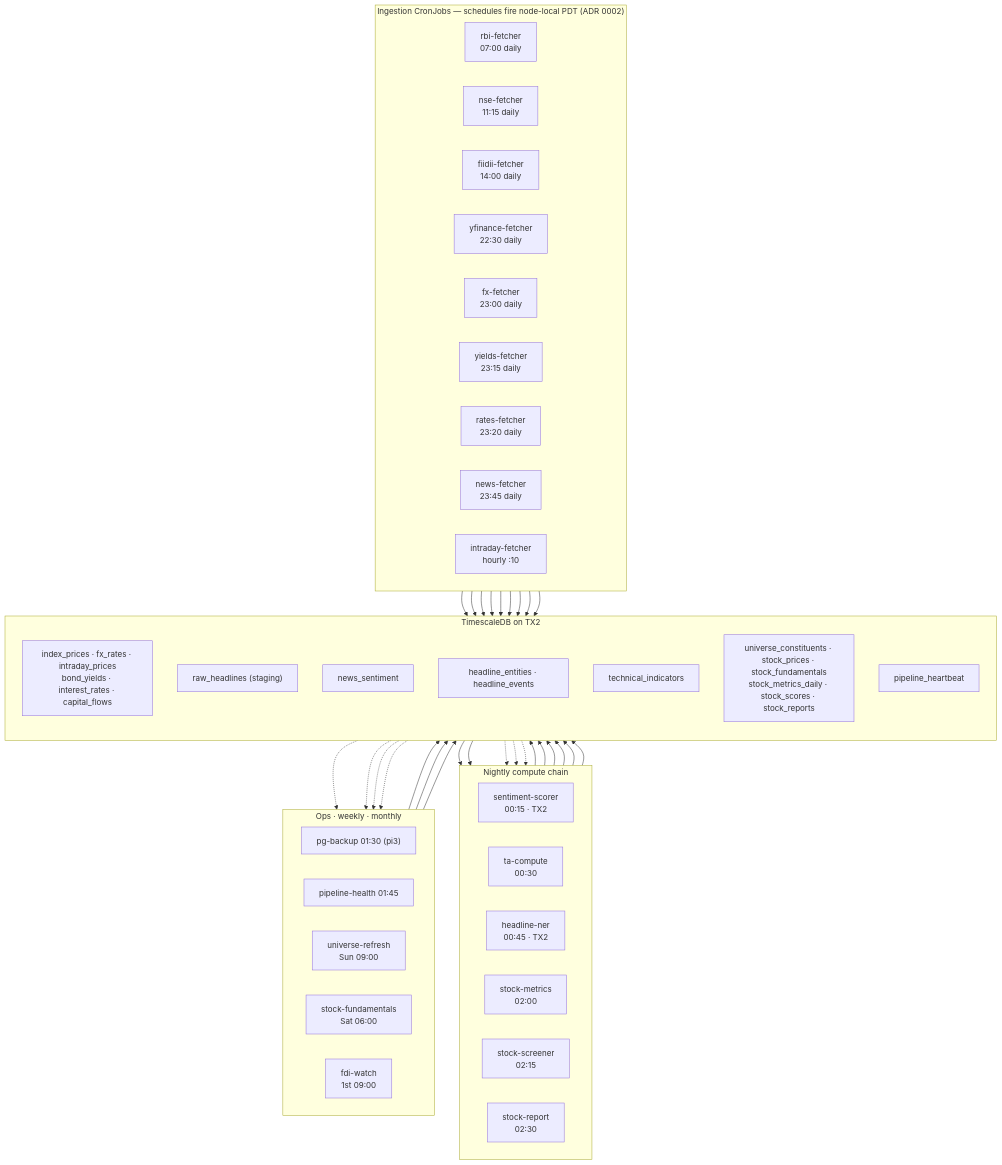
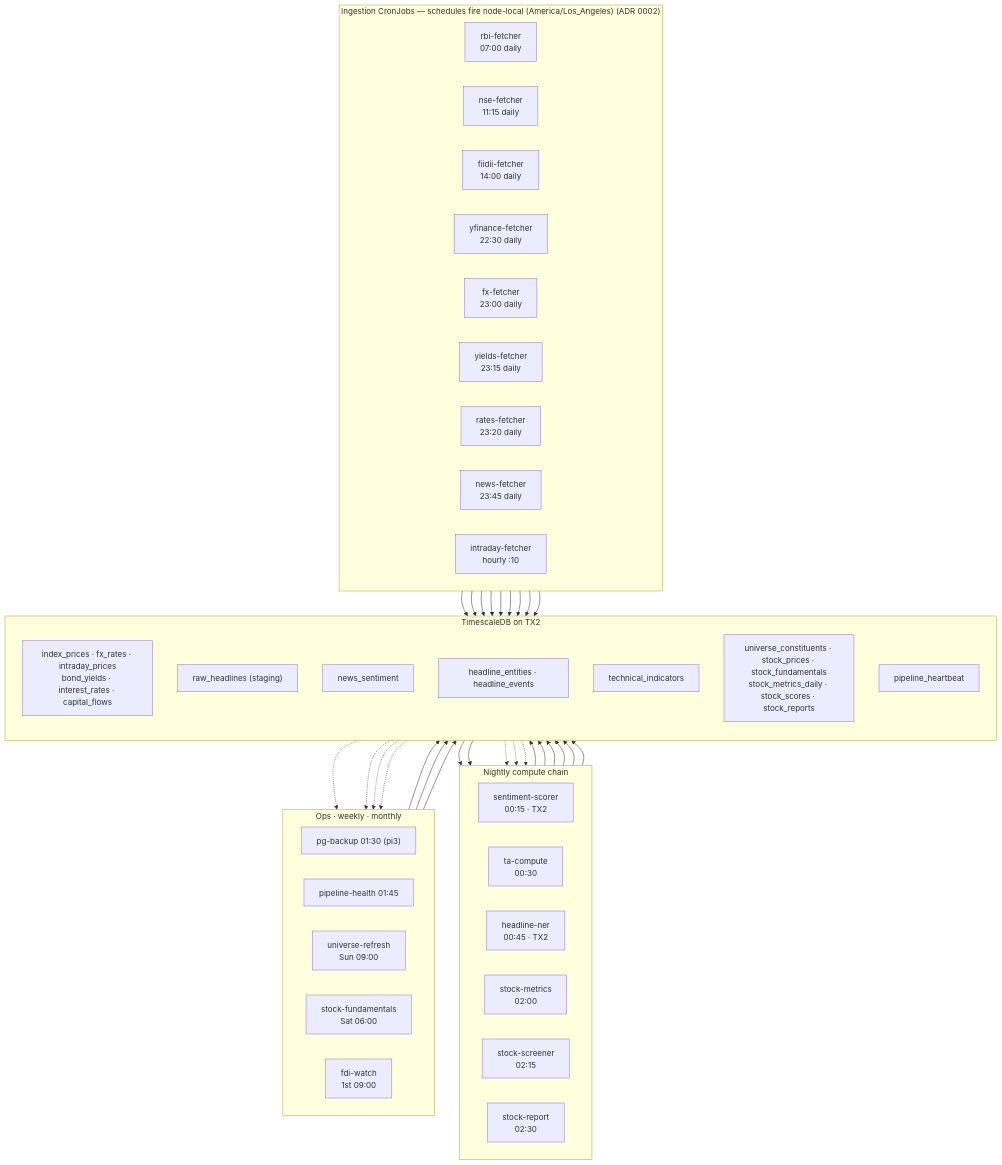
Before and after one commit to ahemanthyadav/market-pipeline: the third of 9 diagrams in docs/market-data-architecture.md, drawn with Mermaid. The commit also changed other lines of this file and 5 other files, not shown here.

````diff
--- a/docs/market-data-architecture.md
+++ b/docs/market-data-architecture.md
@@ -142,71 +142,71 @@
 ```mermaid
 flowchart TB
-    subgraph IN["Ingestion CronJobs — schedules fire node-local PDT (ADR 0002)"]
+    subgraph IN["Ingestion CronJobs — schedules fire node-local (America/Los_Angeles) (ADR 0002)"]
         direction LR
         RBIJ["rbi-fetcher<br/>07:00 daily"]
         NSEJ["nse-fetcher<br/>11:15 daily"]
         FIIJ["fiidii-fetcher<br/>14:00 daily"]
         YFJ["yfinance-fetcher<br/>22:30 daily"]
         FXJ["fx-fetcher<br/>23:00 daily"]
         YLDJ["yields-fetcher<br/>23:15 daily"]
         RTEJ["rates-fetcher<br/>23:20 daily"]
         NWSJ["news-fetcher<br/>23:45 daily"]
         INTRA["intraday-fetcher<br/>hourly :10"]
     end
 
     subgraph NITE["Nightly compute chain"]
         direction LR
         SENT["sentiment-scorer<br/>00:15 · TX2"]
         TAJ["ta-compute<br/>00:30"]
         NERJ["headline-ner<br/>00:45 · TX2"]
         MET["stock-metrics<br/>02:00"]
         SCR["stock-screener<br/>02:15"]
         RPT["stock-report<br/>02:30"]
     end
 
     subgraph OPSJ["Ops · weekly · monthly"]
         direction LR
         BKP["pg-backup 01:30 (pi3)"]
         HLTH["pipeline-health 01:45"]
         UNI["universe-refresh<br/>Sun 09:00"]
         FUND["stock-fundamentals<br/>Sat 06:00"]
         FDI["fdi-watch<br/>1st 09:00"]
     end
 
     subgraph TBL["TimescaleDB on TX2"]
         direction TB
         PRX["index_prices · fx_rates · intraday_prices<br/>bond_yields · interest_rates · capital_flows"]
         RAW["raw_headlines (staging)"]
         NS["news_sentiment"]
         ENT["headline_entities · headline_events"]
         TI["technical_indicators"]
         SL["universe_constituents · stock_prices · stock_fundamentals<br/>stock_metrics_daily · stock_scores · stock_reports"]
         HB["pipeline_heartbeat"]
     end
 
     RBIJ --> PRX
     NSEJ --> PRX
     FIIJ --> PRX
     YFJ --> PRX
     FXJ --> PRX
     YLDJ --> PRX
     RTEJ --> PRX
     INTRA --> PRX
     NWSJ --> RAW
     RAW --> SENT
     SENT --> NS
     RAW --> NERJ
     NERJ --> ENT
     PRX -.-> TAJ
     TAJ --> TI
     UNI --> SL
     FUND --> SL
     MET --> SL
     SCR --> SL
     RPT --> SL
     SL -.-> SCR
     NS -.-> RPT
     PRX & SL & NS -.-> HLTH
     HLTH --> HB
     TBL -.-> BKP
 ```
````
